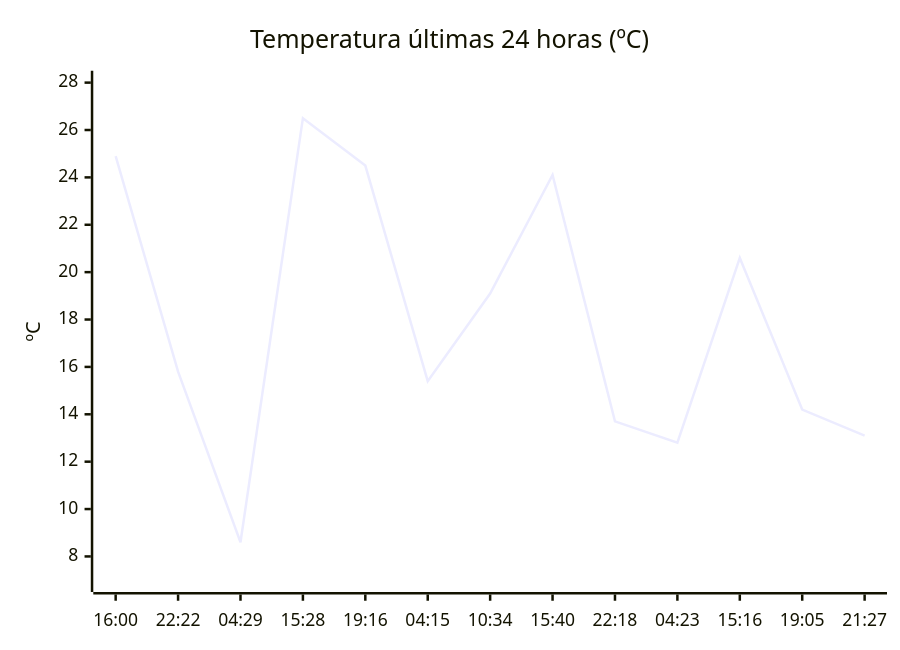
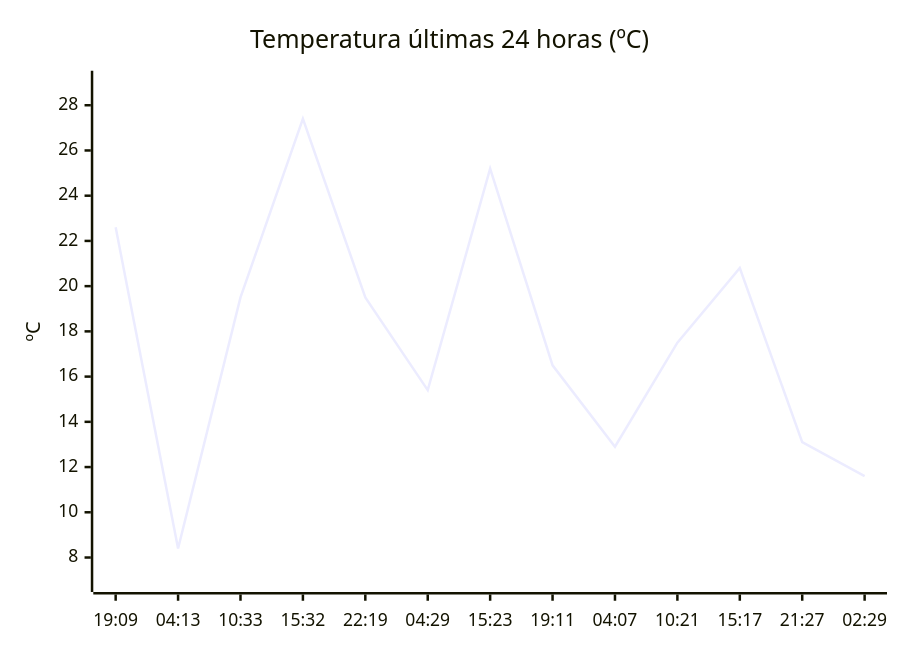
One commit to solidsnk86/rem-scrap changed the diagram in README.md. Above: the diagram before and after it, drawn with Mermaid. The commit also changed other lines of this file, not shown here.

````diff
--- a/README.md
+++ b/README.md
@@ -28,7 +28,7 @@
 ```mermaid
 xychart-beta
     title "Temperatura últimas 24 horas (ºC)"
-    x-axis ["16:00", "22:22", "04:29", "15:28", "19:16", "04:15", "10:34", "15:40", "22:18", "04:23", "15:16", "19:05", "21:27"]
-    y-axis "ºC" 7 --> 28
-    line [24.9, 15.8, 8.6, 26.5, 24.5, 15.4, 19.1, 24.1, 13.7, 12.8, 20.6, 14.2, 13.1]
+    x-axis ["19:09", "04:13", "10:33", "15:32", "22:19", "04:29", "15:23", "19:11", "04:07", "10:21", "15:17", "21:27", "02:29"]
+    y-axis "ºC" 7 --> 29
+    line [22.6, 8.4, 19.5, 27.4, 19.5, 15.4, 25.2, 16.5, 12.9, 17.5, 20.8, 13.1, 11.6]
 ```
````
